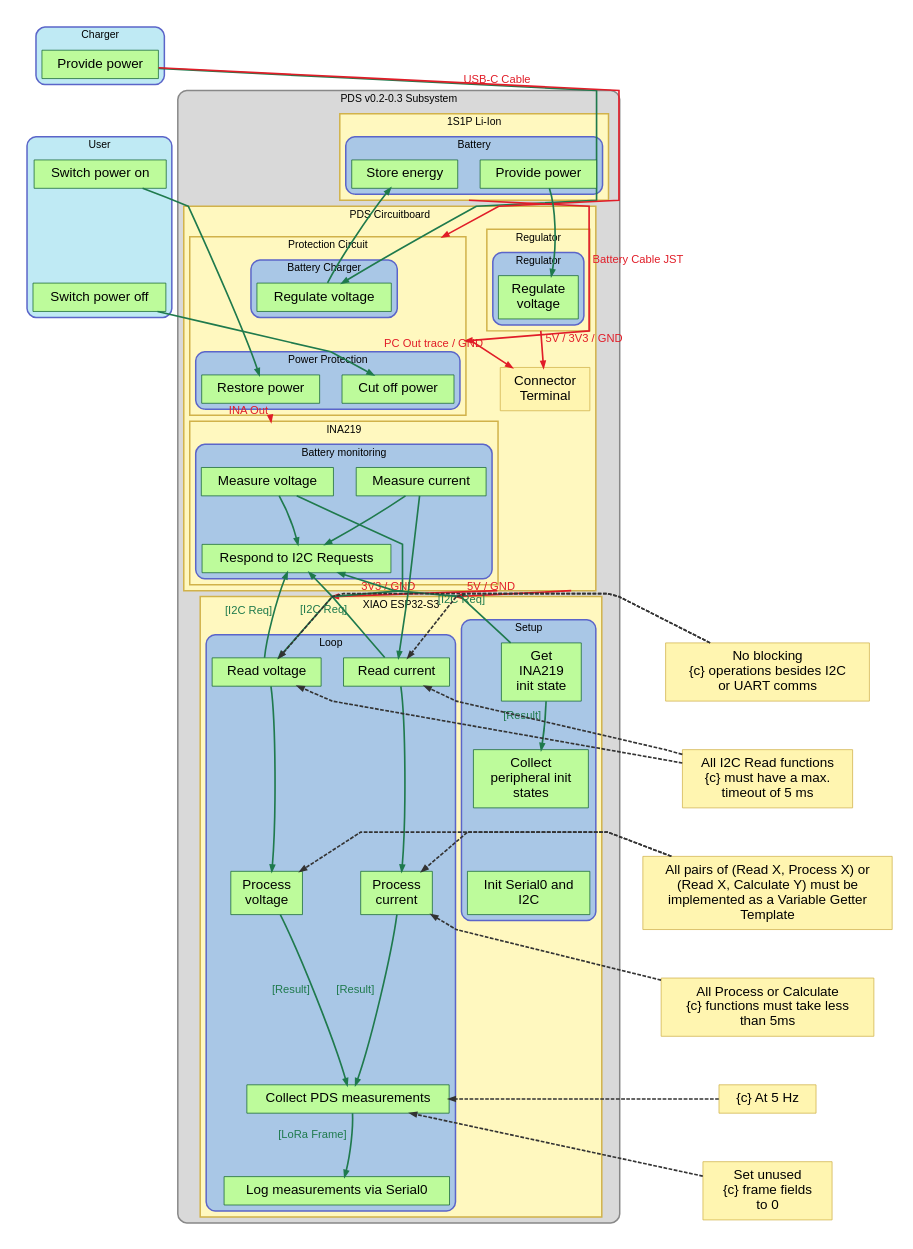
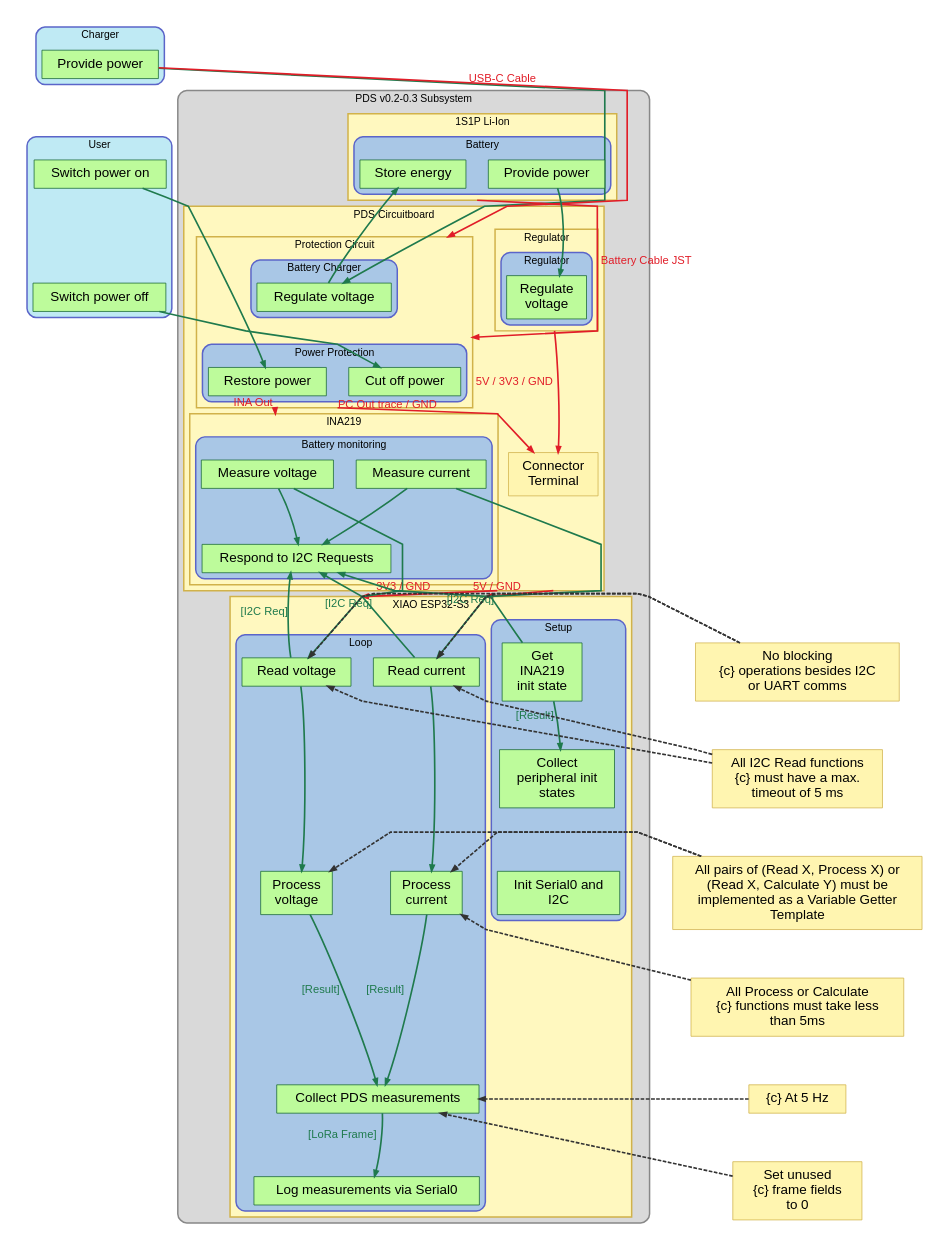
Before and after one commit to DeltaLabo/CanSatWorkshop: the diagram in PDS/PDS_v0.2.dot, drawn with Graphviz. The commit also changed 2 other files, not shown here.

Commit message:
Polish PDS v0.2 diagram layout

```diff
--- a/PDS/PDS_v0.2.dot
+++ b/PDS/PDS_v0.2.dot
@@ -194,7 +194,8 @@
   ina_measure_i -> ina_respond [style=invis, weight=18];
   restore_power -> ina_measure_v [style=invis, weight=55];
   regulate_voltage -> ina_measure_i [style=invis, weight=55];
-  connector_terminal -> ina_respond [style=invis, weight=45];
+  regulate_voltage -> connector_terminal [style=invis, weight=42];
+  connector_terminal -> ina_respond [style=invis, weight=55];
   xiao_get_init -> xiao_collect_init [style=invis, weight=12];
   xiao_collect_init -> xiao_init_bus [style=invis, weight=12];
   xiao_read_v -> xiao_process_v [style=invis, weight=12];
@@ -215,8 +216,8 @@
 
   { rank=same; batt_store; batt_provide; }
   { rank=same; charger_reg; regulate_voltage; }
-  { rank=same; restore_power; cut_off_power; connector_terminal; }
-  { rank=same; ina_measure_v; ina_measure_i; }
+  { rank=same; restore_power; cut_off_power; }
+  { rank=same; ina_measure_v; ina_measure_i; connector_terminal; }
   { rank=same; xiao_get_init; xiao_read_v; xiao_read_i; note_nb; }
   { rank=same; xiao_process_v; xiao_process_i; note_vgt; }
   { rank=same; xiao_collect; note_5hz; }
@@ -225,8 +226,8 @@
   charger_power -> batt_store [style=invis, weight=10];
   batt_store -> charger_reg [style=invis, weight=80];
   batt_provide -> regulate_voltage [style=invis, weight=90];
-  connector_terminal -> xiao_get_init [style=invis, weight=100];
-  ina_respond -> xiao_read_v [style=invis, weight=110];
+  connector_terminal -> xiao_get_init [style=invis, weight=115];
+  ina_respond -> xiao_read_v [style=invis, weight=120];
   user_on -> restore_power [style=invis, weight=16];
   xiao_read_i -> note_vgt [style=invis, weight=8];
 
```
